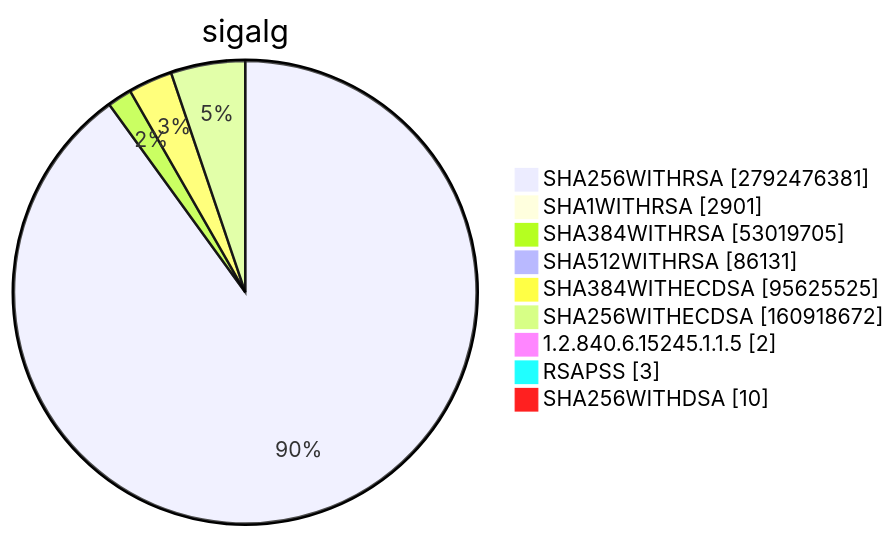
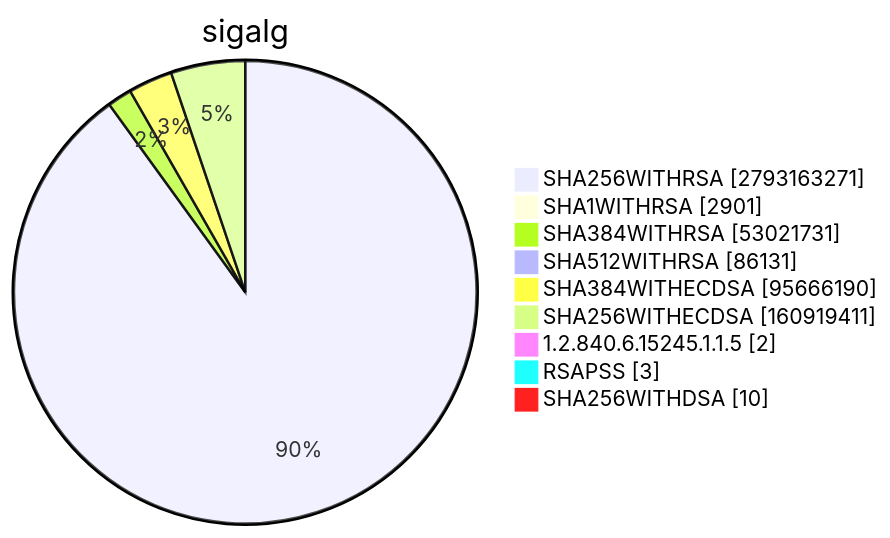
Before and after one commit to christiankrug/ctmonitor_visualization: diagram 15 of 15 in TOTAL/README.md, drawn with Mermaid. The commit also changed other lines of this file, not shown here.

````diff
--- a/TOTAL/README.md
+++ b/TOTAL/README.md
@@ -6207,13 +6207,13 @@
 ```mermaid
 pie showData
 title sigalg
-"SHA256WITHRSA" :2792476381
+"SHA256WITHRSA" :2793163271
 "SHA1WITHRSA" :2901
-"SHA384WITHRSA" :53019705
+"SHA384WITHRSA" :53021731
 "SHA512WITHRSA" :86131
-"SHA384WITHECDSA" :95625525
-"SHA256WITHECDSA" :160918672
+"SHA384WITHECDSA" :95666190
+"SHA256WITHECDSA" :160919411
 "1.2.840.6.15245.1.1.5" :2
 "RSAPSS" :3
 "SHA256WITHDSA" :10
 ```
````
